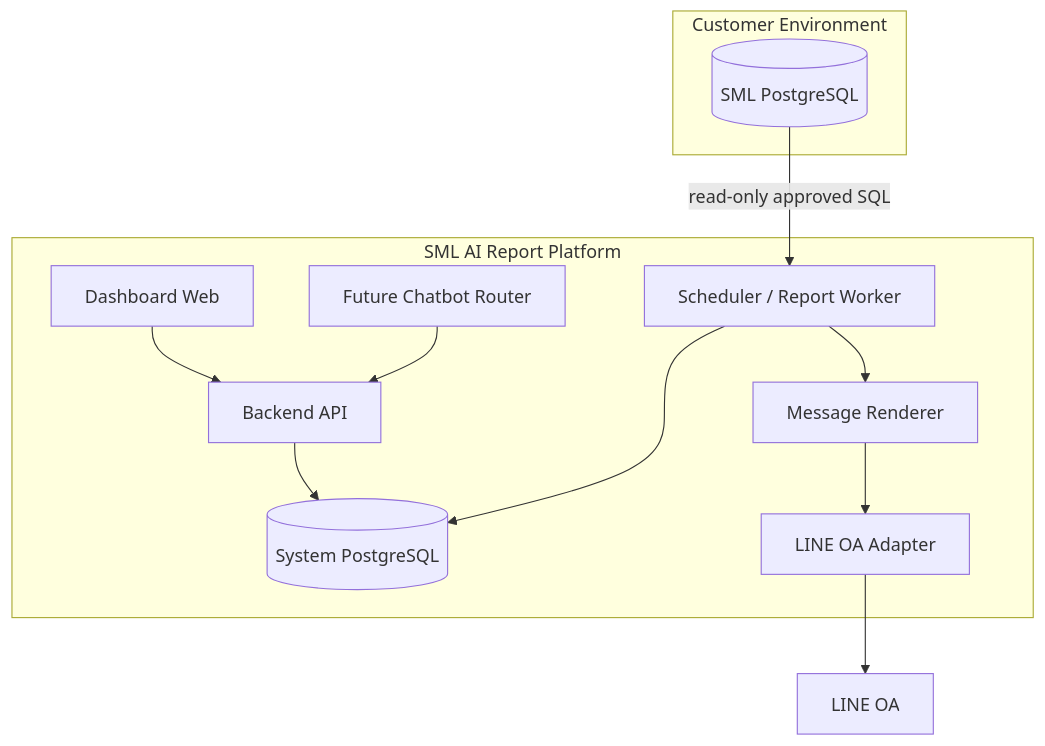
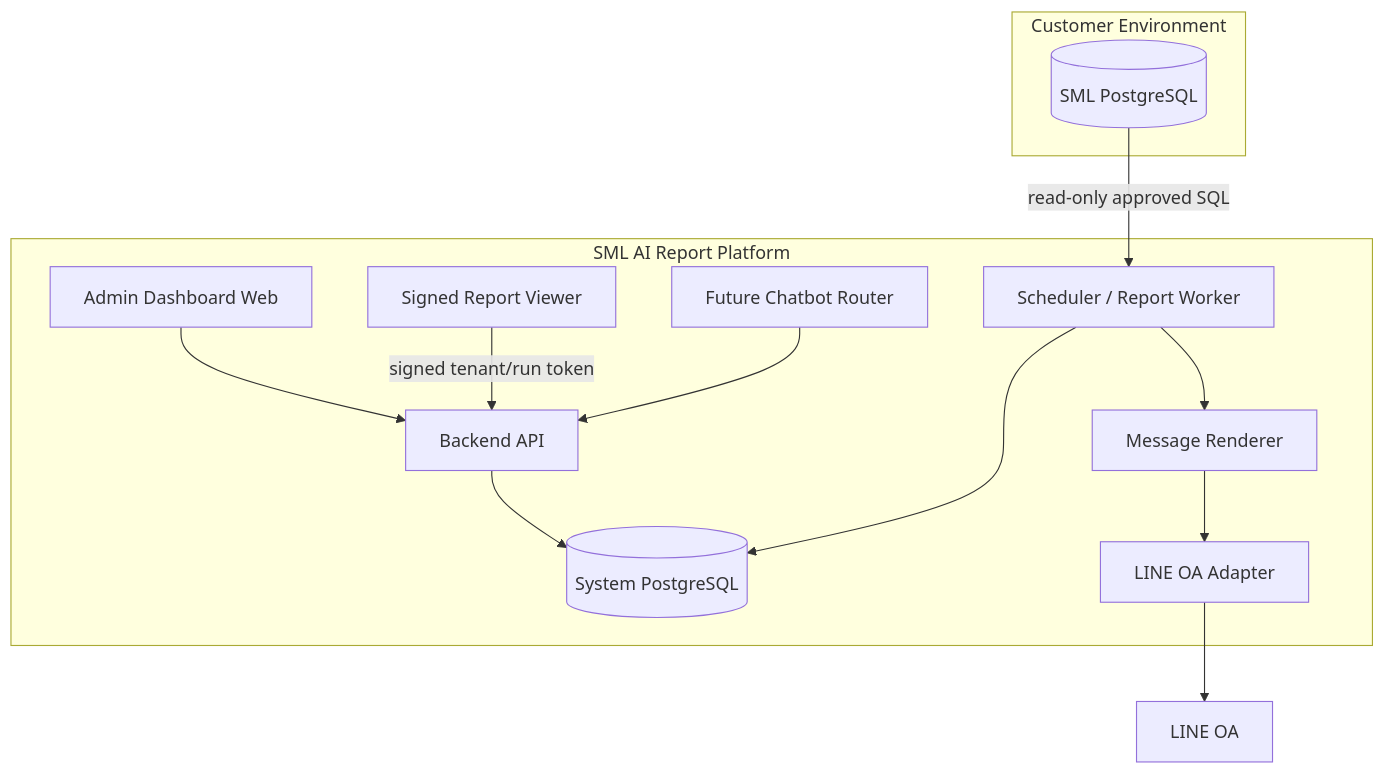
One commit to bosocmputer/ai-business-command-center changed the diagram in docs/02_SYSTEM_ARCHITECTURE_TH.md. Above: the diagram before and after it, drawn with Mermaid. The commit also changed other lines of this file and 16 other files, not shown here.

````diff
--- a/docs/02_SYSTEM_ARCHITECTURE_TH.md
+++ b/docs/02_SYSTEM_ARCHITECTURE_TH.md
@@ -9,25 +9,27 @@
 ```mermaid
 flowchart TD
     subgraph Customer["Customer Environment"]
         SML[(SML PostgreSQL)]
     end
 
     subgraph Platform["SML AI Report Platform"]
-        Web[Dashboard Web]
+        Web[Admin Dashboard Web]
+        Brief[Signed Report Viewer]
         API[Backend API]
         Worker[Scheduler / Report Worker]
         SysDB[(System PostgreSQL)]
         Renderer[Message Renderer]
         LineAdapter[LINE OA Adapter]
         Chat[Future Chatbot Router]
     end
 
     SML -->|read-only approved SQL| Worker
     Web --> API
+    Brief -->|signed tenant/run token| API
     API --> SysDB
     Worker --> SysDB
     Worker --> Renderer
     Renderer --> LineAdapter
     LineAdapter --> LINE[LINE OA]
     Chat --> API
 ```
````
